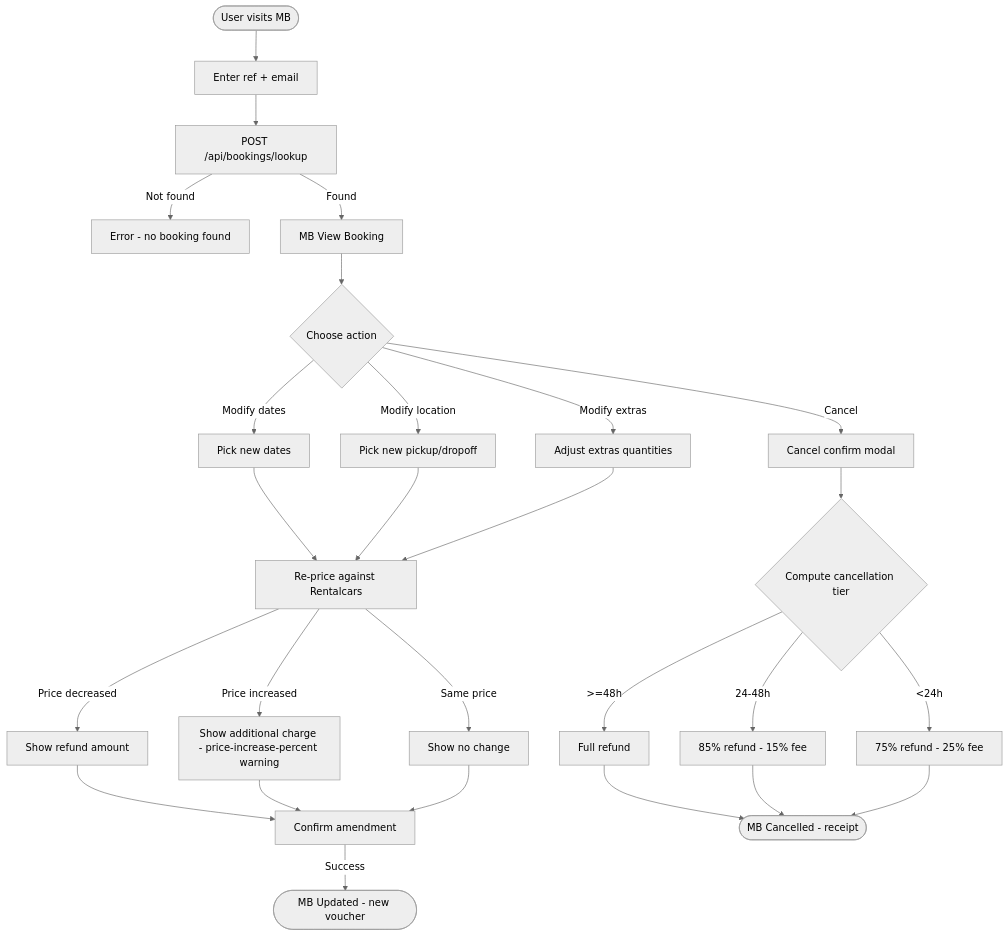
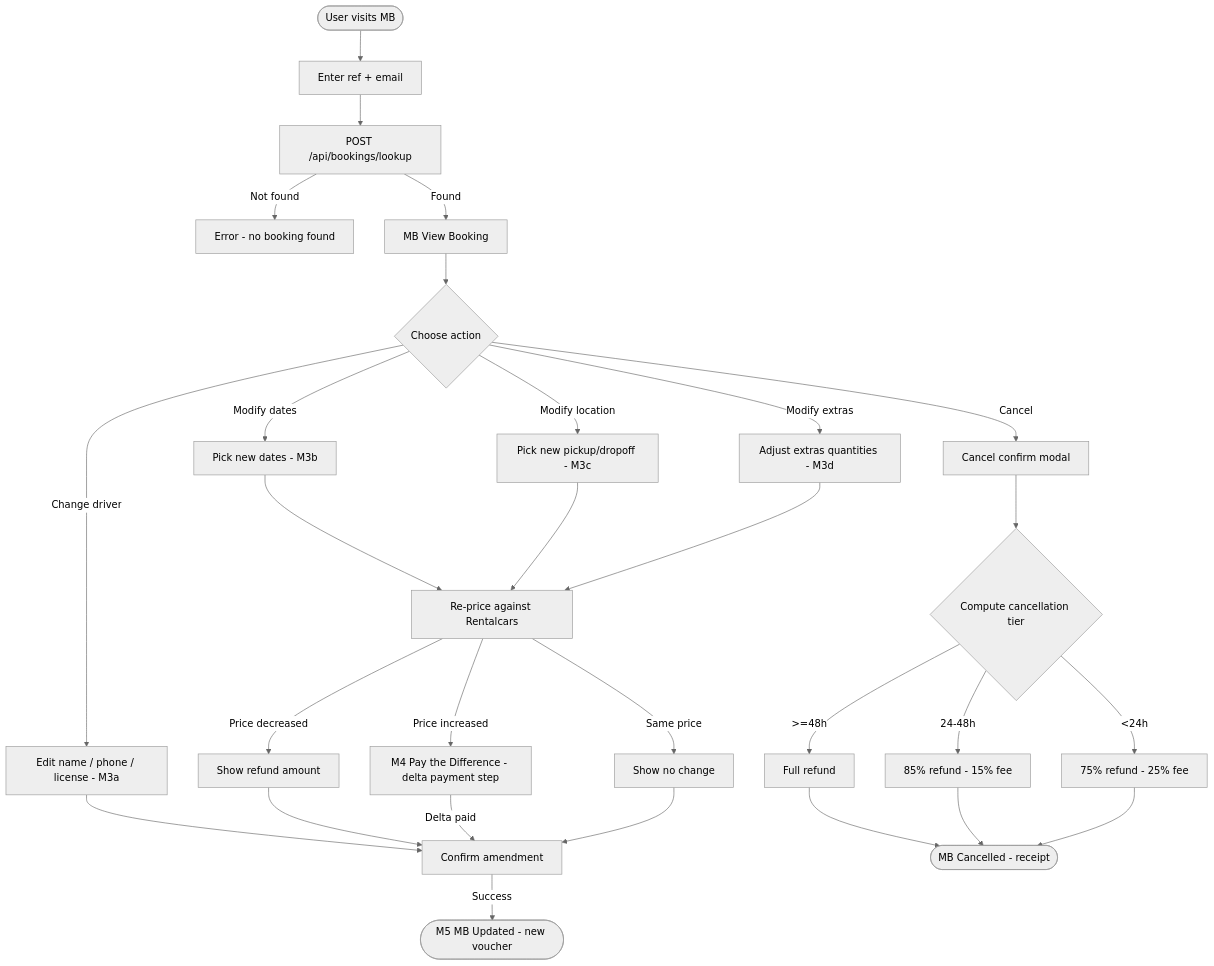
Before and after one commit to RPalis/iceland-express: the second of 2 diagrams in docs/ux-logic.md, drawn with Mermaid (neutral theme). The commit also changed other lines of this file and 13 other files, not shown here.

First line of the commit message:
Finalize booking, payment, and amendments flows before nav-parity merge.

````diff
--- a/docs/ux-logic.md
+++ b/docs/ux-logic.md
@@ -375,29 +378,31 @@
 ```mermaid
 flowchart TD
   Retrieve([User visits MB]) --> EnterRef[Enter ref + email]
   EnterRef --> Lookup[POST /api/bookings/lookup]
   Lookup --> |Not found| LookupFail[Error - no booking found]
   Lookup --> |Found| View[MB View Booking]
   View --> Choose{Choose action}
-  Choose --> |Modify dates| ModDates[Pick new dates]
-  Choose --> |Modify location| ModLoc[Pick new pickup/dropoff]
-  Choose --> |Modify extras| ModExtras[Adjust extras quantities]
+  Choose --> |Change driver| ModDriver[Edit name / phone / license - M3a]
+  Choose --> |Modify dates| ModDates[Pick new dates - M3b]
+  Choose --> |Modify location| ModLoc[Pick new pickup/dropoff - M3c]
+  Choose --> |Modify extras| ModExtras[Adjust extras quantities - M3d]
   Choose --> |Cancel| Cancel[Cancel confirm modal]
+  ModDriver --> ConfirmAmend[Confirm amendment]
   ModDates --> Reprice[Re-price against Rentalcars]
   ModLoc --> Reprice
   ModExtras --> Reprice
   Reprice --> |Price decreased| RefundDue[Show refund amount]
-  Reprice --> |Price increased| ChargeDue[Show additional charge - price-increase-percent warning]
+  Reprice --> |Price increased| PayDiff[M4 Pay the Difference - delta payment step]
   Reprice --> |Same price| NoChange[Show no change]
-  RefundDue --> ConfirmAmend[Confirm amendment]
-  ChargeDue --> ConfirmAmend
+  RefundDue --> ConfirmAmend
+  PayDiff --> |Delta paid| ConfirmAmend
   NoChange --> ConfirmAmend
-  ConfirmAmend --> |Success| Updated([MB Updated - new voucher])
+  ConfirmAmend --> |Success| Updated([M5 MB Updated - new voucher])
   Cancel --> FeeTier{Compute cancellation tier}
   FeeTier --> |>=48h| FreeRefund[Full refund]
   FeeTier --> |24-48h| PartialRefund[85% refund - 15% fee]
   FeeTier --> |<24h| LateRefund[75% refund - 25% fee]
   FreeRefund --> Cancelled([MB Cancelled - receipt])
   PartialRefund --> Cancelled
   LateRefund --> Cancelled
 ```
````
